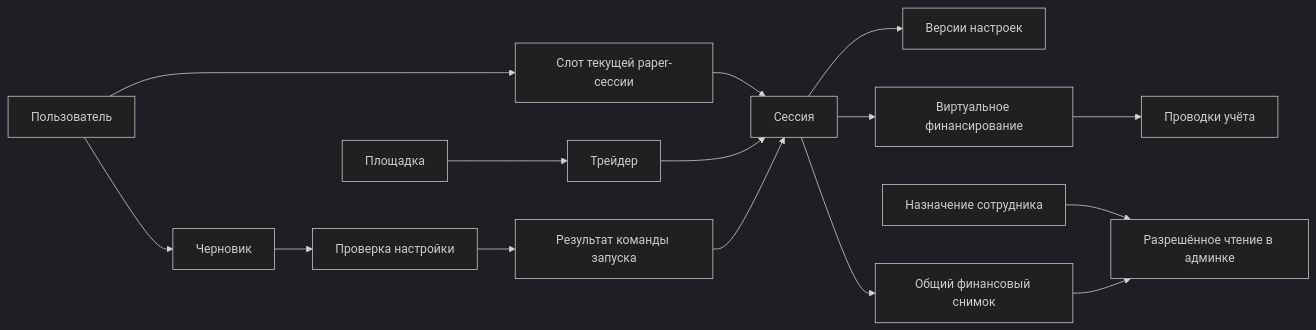
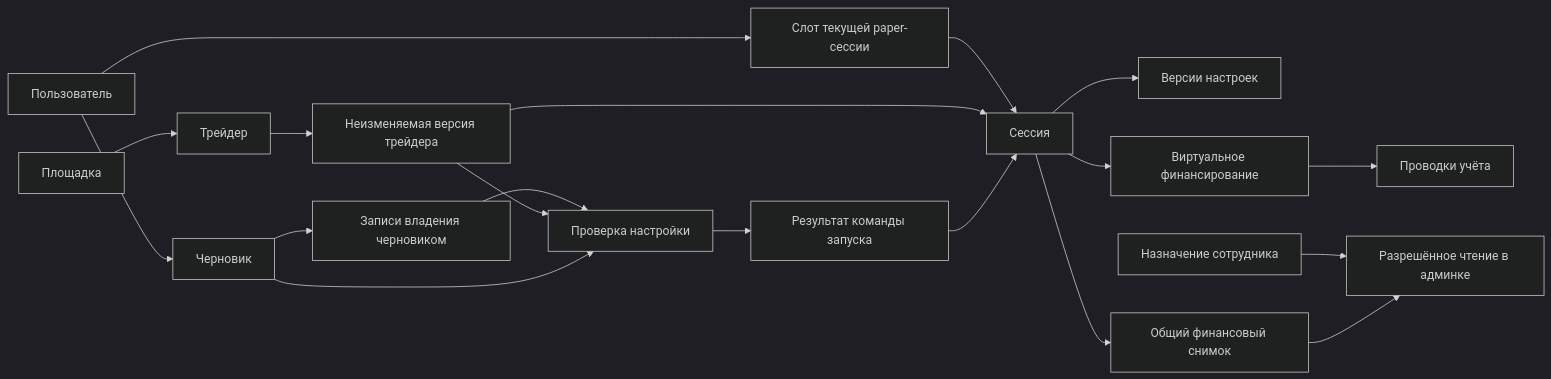
Before and after one commit to denius89/polymarket-copy-trading: the diagram in docs/technical/first-session/data-model.md, drawn with Mermaid (dark theme). The commit also changed other lines of this file and 7 other files, not shown here.

````diff
--- a/docs/technical/first-session/data-model.md
+++ b/docs/technical/first-session/data-model.md
@@ -11,17 +11,21 @@
 ```mermaid
 flowchart LR
   U[Пользователь] --> D[Черновик]
   U --> G[Слот текущей paper-сессии]
   G --> S[Сессия]
   V[Площадка] --> T[Трейдер]
-  T --> S
+  T --> TR[Неизменяемая версия трейдера]
+  TR --> S
+  D --> O[Записи владения черновиком]
+  O --> R
+  TR --> R
   D --> R[Проверка настройки]
   R --> C[Результат команды запуска]
   C --> S
   S --> N[Версии настроек]
   S --> F[Виртуальное финансирование]
   F --> L[Проводки учёта]
   S --> P[Общий финансовый снимок]
   A[Назначение сотрудника] --> Q[Разрешённое чтение в админке]
   P --> Q
 ```
````
